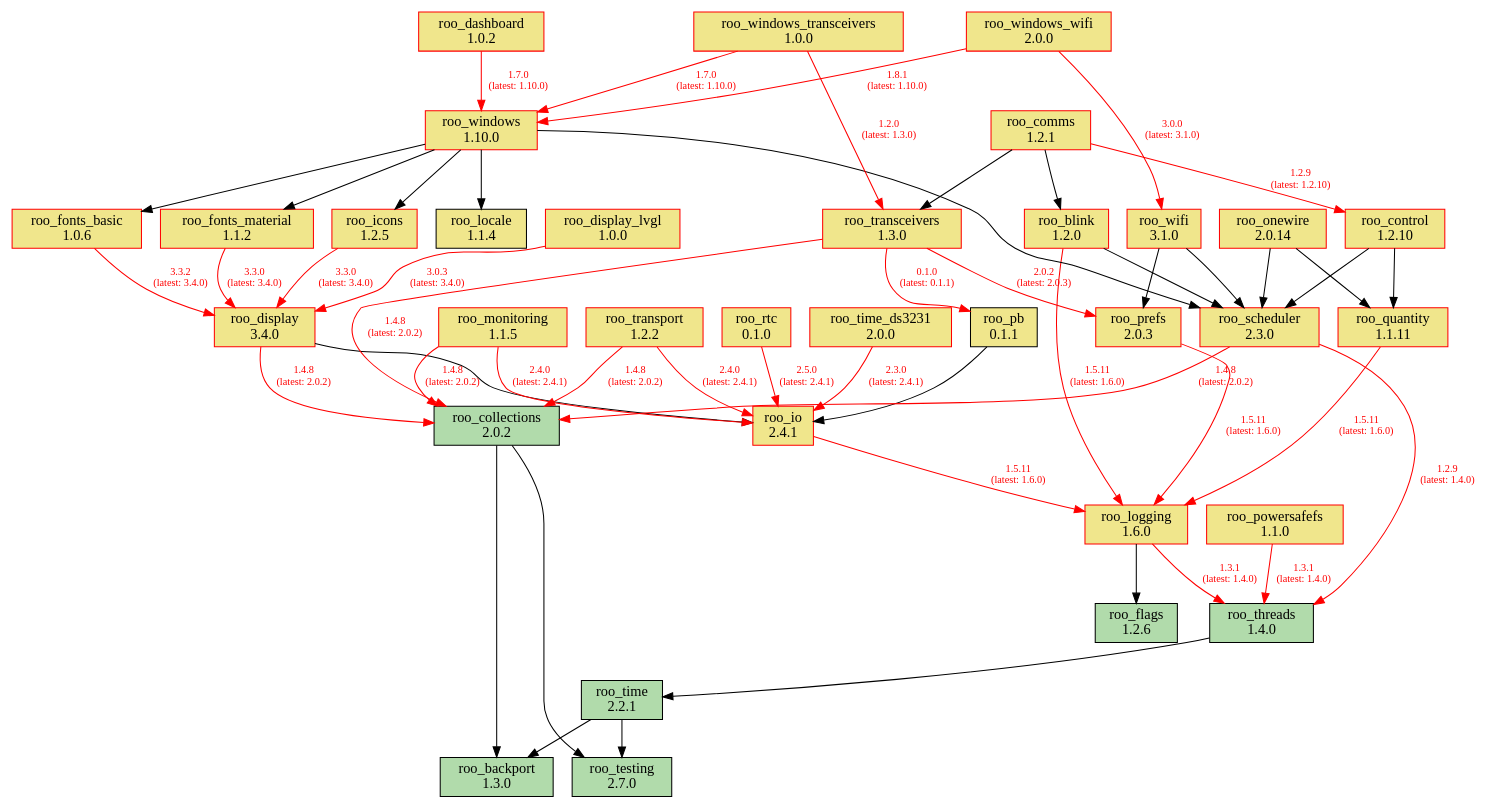
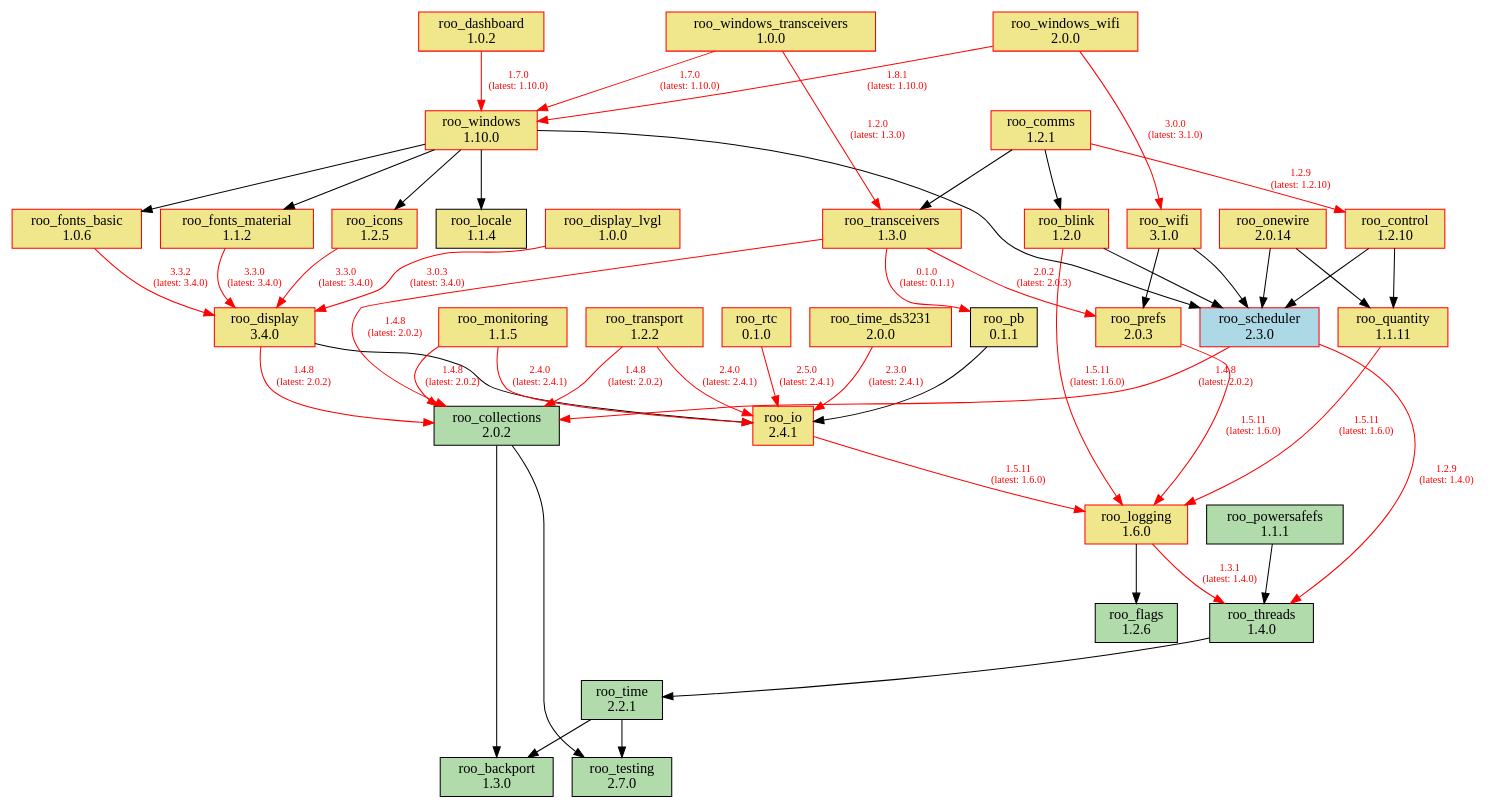
Before and after one commit to dejwk/roo-registry: the diagram in doc/dependencies.dot, drawn with Graphviz. The commit also changed 3 other files, not shown here.

Commit message:
Added roo_powersafefs 1.1.1 to the registry.

```diff
--- a/doc/dependencies.dot
+++ b/doc/dependencies.dot
@@ -1,92 +1,92 @@
 digraph dependencies {
     rankdir=TB;
     node [shape=box, style=filled];
     edge [fontsize=10];
 
     // Modules
     "roo_backport" [label="roo_backport\n1.3.0", fillcolor="#b1dbab", color="black"];
     "roo_blink" [label="roo_blink\n1.2.0", fillcolor="khaki", color="red"];
     "roo_collections" [label="roo_collections\n2.0.2", fillcolor="#b1dbab", color="black"];
     "roo_comms" [label="roo_comms\n1.2.1", fillcolor="khaki", color="red"];
     "roo_control" [label="roo_control\n1.2.10", fillcolor="khaki", color="red"];
     "roo_dashboard" [label="roo_dashboard\n1.0.2", fillcolor="khaki", color="red"];
     "roo_display" [label="roo_display\n3.4.0", fillcolor="khaki", color="red"];
     "roo_display_lvgl" [label="roo_display_lvgl\n1.0.0", fillcolor="khaki", color="red"];
     "roo_flags" [label="roo_flags\n1.2.6", fillcolor="#b1dbab", color="black"];
     "roo_fonts_basic" [label="roo_fonts_basic\n1.0.6", fillcolor="khaki", color="red"];
     "roo_fonts_material" [label="roo_fonts_material\n1.1.2", fillcolor="khaki", color="red"];
     "roo_icons" [label="roo_icons\n1.2.5", fillcolor="khaki", color="red"];
     "roo_io" [label="roo_io\n2.4.1", fillcolor="khaki", color="red"];
     "roo_locale" [label="roo_locale\n1.1.4", fillcolor="khaki", color="black"];
     "roo_logging" [label="roo_logging\n1.6.0", fillcolor="khaki", color="red"];
     "roo_monitoring" [label="roo_monitoring\n1.1.5", fillcolor="khaki", color="red"];
     "roo_onewire" [label="roo_onewire\n2.0.14", fillcolor="khaki", color="red"];
     "roo_pb" [label="roo_pb\n0.1.1", fillcolor="khaki", color="black"];
-    "roo_powersafefs" [label="roo_powersafefs\n1.1.0", fillcolor="khaki", color="red"];
+    "roo_powersafefs" [label="roo_powersafefs\n1.1.1", fillcolor="#b1dbab", color="black"];
     "roo_prefs" [label="roo_prefs\n2.0.3", fillcolor="khaki", color="red"];
     "roo_quantity" [label="roo_quantity\n1.1.11", fillcolor="khaki", color="red"];
     "roo_rtc" [label="roo_rtc\n0.1.0", fillcolor="khaki", color="red"];
-    "roo_scheduler" [label="roo_scheduler\n2.3.0", fillcolor="khaki", color="red"];
+    "roo_scheduler" [label="roo_scheduler\n2.3.0", fillcolor="lightblue", color="red"];
     "roo_testing" [label="roo_testing\n2.7.0", fillcolor="#b1dbab", color="black"];
     "roo_threads" [label="roo_threads\n1.4.0", fillcolor="#b1dbab", color="black"];
     "roo_time" [label="roo_time\n2.2.1", fillcolor="#b1dbab", color="black"];
     "roo_time_ds3231" [label="roo_time_ds3231\n2.0.0", fillcolor="khaki", color="red"];
     "roo_transceivers" [label="roo_transceivers\n1.3.0", fillcolor="khaki", color="red"];
     "roo_transport" [label="roo_transport\n1.2.2", fillcolor="khaki", color="red"];
     "roo_wifi" [label="roo_wifi\n3.1.0", fillcolor="khaki", color="red"];
     "roo_windows" [label="roo_windows\n1.10.0", fillcolor="khaki", color="red"];
     "roo_windows_transceivers" [label="roo_windows_transceivers\n1.0.0", fillcolor="khaki", color="red"];
     "roo_windows_wifi" [label="roo_windows_wifi\n2.0.0", fillcolor="khaki", color="red"];
 
     // Dependencies
     "roo_blink" -> "roo_logging" [color=red, fontcolor=red, label="1.5.11\n(latest: 1.6.0)"];
     "roo_blink" -> "roo_scheduler";
     "roo_collections" -> "roo_testing";
     "roo_collections" -> "roo_backport";
     "roo_comms" -> "roo_blink";
     "roo_comms" -> "roo_control" [color=red, fontcolor=red, label="1.2.9\n(latest: 1.2.10)"];
     "roo_comms" -> "roo_transceivers";
     "roo_control" -> "roo_quantity";
     "roo_control" -> "roo_scheduler";
     "roo_dashboard" -> "roo_windows" [color=red, fontcolor=red, label="1.7.0\n(latest: 1.10.0)"];
     "roo_display" -> "roo_collections" [color=red, fontcolor=red, label="1.4.8\n(latest: 2.0.2)"];
     "roo_display" -> "roo_io";
     "roo_display_lvgl" -> "roo_display" [color=red, fontcolor=red, label="3.0.3\n(latest: 3.4.0)"];
     "roo_fonts_basic" -> "roo_display" [color=red, fontcolor=red, label="3.3.2\n(latest: 3.4.0)"];
     "roo_fonts_material" -> "roo_display" [color=red, fontcolor=red, label="3.3.0\n(latest: 3.4.0)"];
     "roo_icons" -> "roo_display" [color=red, fontcolor=red, label="3.3.0\n(latest: 3.4.0)"];
     "roo_io" -> "roo_logging" [color=red, fontcolor=red, label="1.5.11\n(latest: 1.6.0)"];
     "roo_logging" -> "roo_flags";
     "roo_logging" -> "roo_threads" [color=red, fontcolor=red, label="1.3.1\n(latest: 1.4.0)"];
     "roo_monitoring" -> "roo_collections" [color=red, fontcolor=red, label="1.4.8\n(latest: 2.0.2)"];
     "roo_monitoring" -> "roo_io" [color=red, fontcolor=red, label="2.4.0\n(latest: 2.4.1)"];
     "roo_onewire" -> "roo_scheduler";
     "roo_onewire" -> "roo_quantity";
     "roo_pb" -> "roo_io";
-    "roo_powersafefs" -> "roo_threads" [color=red, fontcolor=red, label="1.3.1\n(latest: 1.4.0)"];
+    "roo_powersafefs" -> "roo_threads";
     "roo_prefs" -> "roo_logging" [color=red, fontcolor=red, label="1.5.11\n(latest: 1.6.0)"];
     "roo_quantity" -> "roo_logging" [color=red, fontcolor=red, label="1.5.11\n(latest: 1.6.0)"];
     "roo_rtc" -> "roo_io" [color=red, fontcolor=red, label="2.5.0\n(latest: 2.4.1)"];
     "roo_scheduler" -> "roo_collections" [color=red, fontcolor=red, label="1.4.8\n(latest: 2.0.2)"];
     "roo_scheduler" -> "roo_threads" [color=red, fontcolor=red, label="1.2.9\n(latest: 1.4.0)"];
     "roo_threads" -> "roo_time";
     "roo_time" -> "roo_testing";
     "roo_time" -> "roo_backport";
     "roo_time_ds3231" -> "roo_io" [color=red, fontcolor=red, label="2.3.0\n(latest: 2.4.1)"];
     "roo_transceivers" -> "roo_pb" [color=red, fontcolor=red, label="0.1.0\n(latest: 0.1.1)"];
     "roo_transceivers" -> "roo_collections" [color=red, fontcolor=red, label="1.4.8\n(latest: 2.0.2)"];
     "roo_transceivers" -> "roo_prefs" [color=red, fontcolor=red, label="2.0.2\n(latest: 2.0.3)"];
     "roo_transport" -> "roo_collections" [color=red, fontcolor=red, label="1.4.8\n(latest: 2.0.2)"];
     "roo_transport" -> "roo_io" [color=red, fontcolor=red, label="2.4.0\n(latest: 2.4.1)"];
     "roo_wifi" -> "roo_prefs";
     "roo_wifi" -> "roo_scheduler";
     "roo_windows" -> "roo_fonts_basic";
     "roo_windows" -> "roo_fonts_material";
     "roo_windows" -> "roo_locale";
     "roo_windows" -> "roo_icons";
     "roo_windows" -> "roo_scheduler";
     "roo_windows_transceivers" -> "roo_transceivers" [color=red, fontcolor=red, label="1.2.0\n(latest: 1.3.0)"];
     "roo_windows_transceivers" -> "roo_windows" [color=red, fontcolor=red, label="1.7.0\n(latest: 1.10.0)"];
     "roo_windows_wifi" -> "roo_wifi" [color=red, fontcolor=red, label="3.0.0\n(latest: 3.1.0)"];
     "roo_windows_wifi" -> "roo_windows" [color=red, fontcolor=red, label="1.8.1\n(latest: 1.10.0)"];
 }
```
